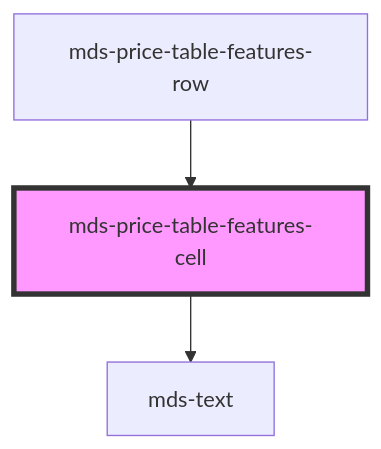
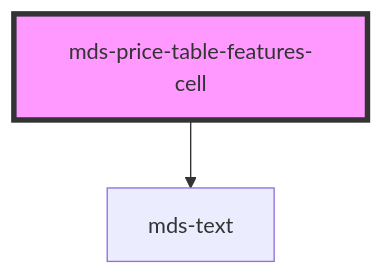
Before and after one commit to magma-design-system/magma: the diagram in projects/stencil/src/components/mds-price-table-features-cell/readme.md, drawn with Mermaid. The commit also changed other lines of this file and 24 other files, not shown here.

Commit message:
fix(mds-price-table): change various dynamics to make the components easier to be used

````diff
--- a/projects/stencil/src/components/mds-price-table-features-cell/readme.md
+++ b/projects/stencil/src/components/mds-price-table-features-cell/readme.md
@@ -43,6 +37,5 @@
 ```mermaid
 graph TD;
   mds-price-table-features-cell --> mds-text
-  mds-price-table-features-row --> mds-price-table-features-cell
   style mds-price-table-features-cell fill:#f9f,stroke:#333,stroke-width:4px
 ```
````
